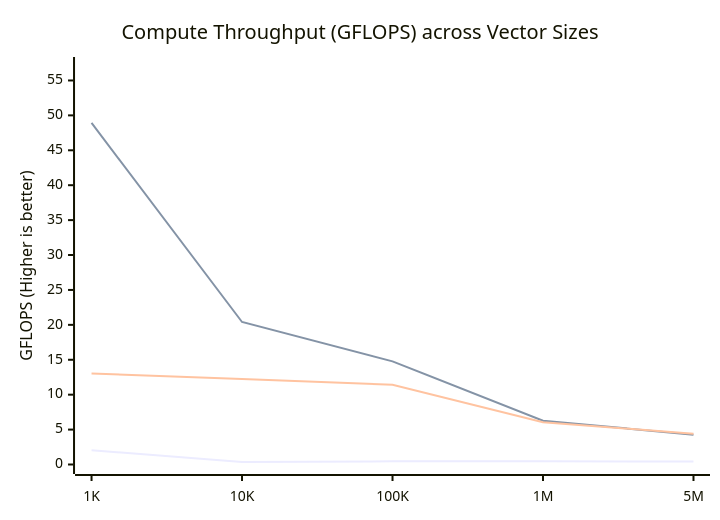
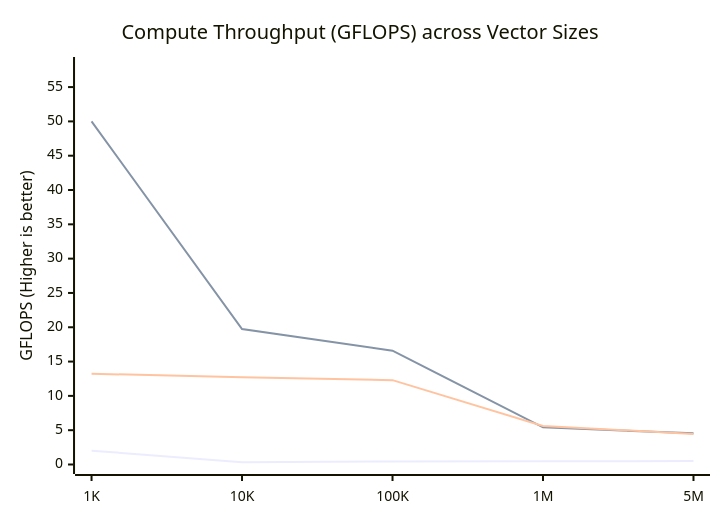
Before and after one commit to maithreyanprabhu2907-prog/Vector: the first of 2 diagrams in README.md, drawn with Mermaid. The commit also changed other lines of this file, not shown here.

````diff
--- a/README.md
+++ b/README.md
@@ -114,9 +114,9 @@
 ```mermaid
 xychart-beta
     title "Compute Throughput (GFLOPS) across Vector Sizes"
     x-axis ["1K", "10K", "100K", "1M", "5M"]
-    y-axis "GFLOPS (Higher is better)" 0 --> 57
-    line [2.04, 0.35, 0.46, 0.48, 0.42]
-    line [48.92, 20.41, 14.77, 6.28, 4.26]
-    line [13.04, 12.25, 11.42, 6.05, 4.41]
+    y-axis "GFLOPS (Higher is better)" 0 --> 58
+    line [2.02, 0.34, 0.45, 0.47, 0.50]
+    line [50.01, 19.75, 16.59, 5.41, 4.54]
+    line [13.23, 12.72, 12.29, 5.61, 4.46]
 ```
````
